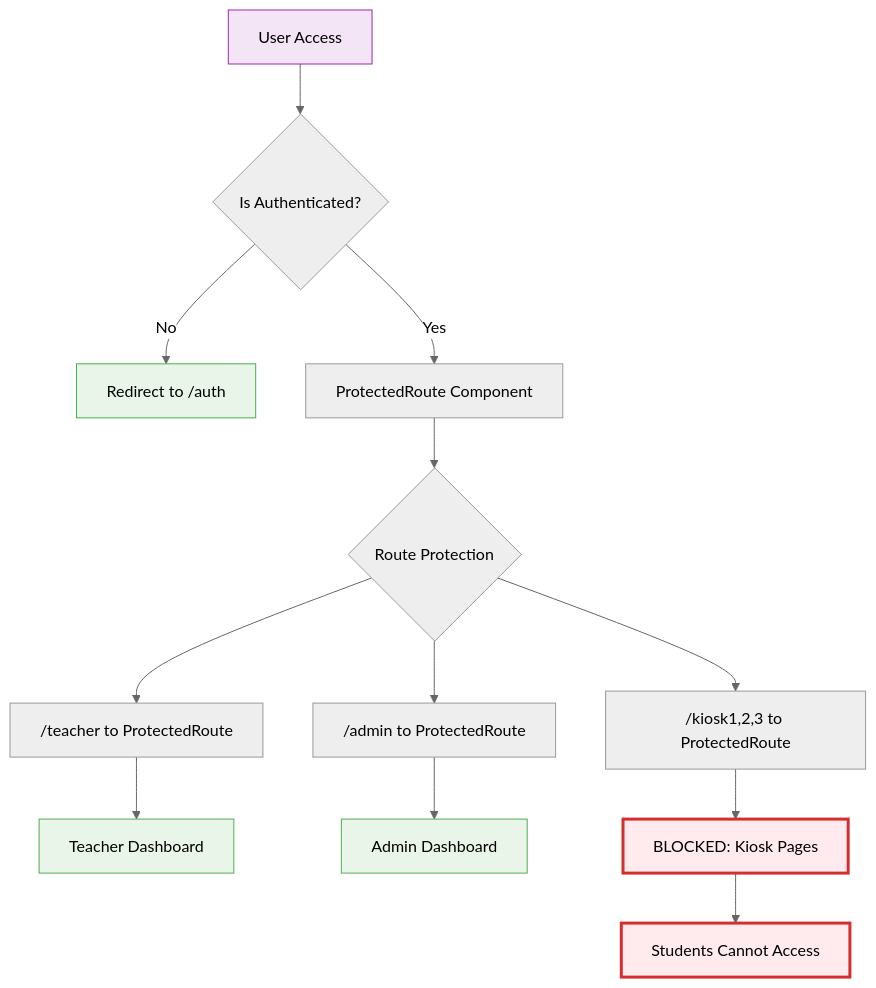
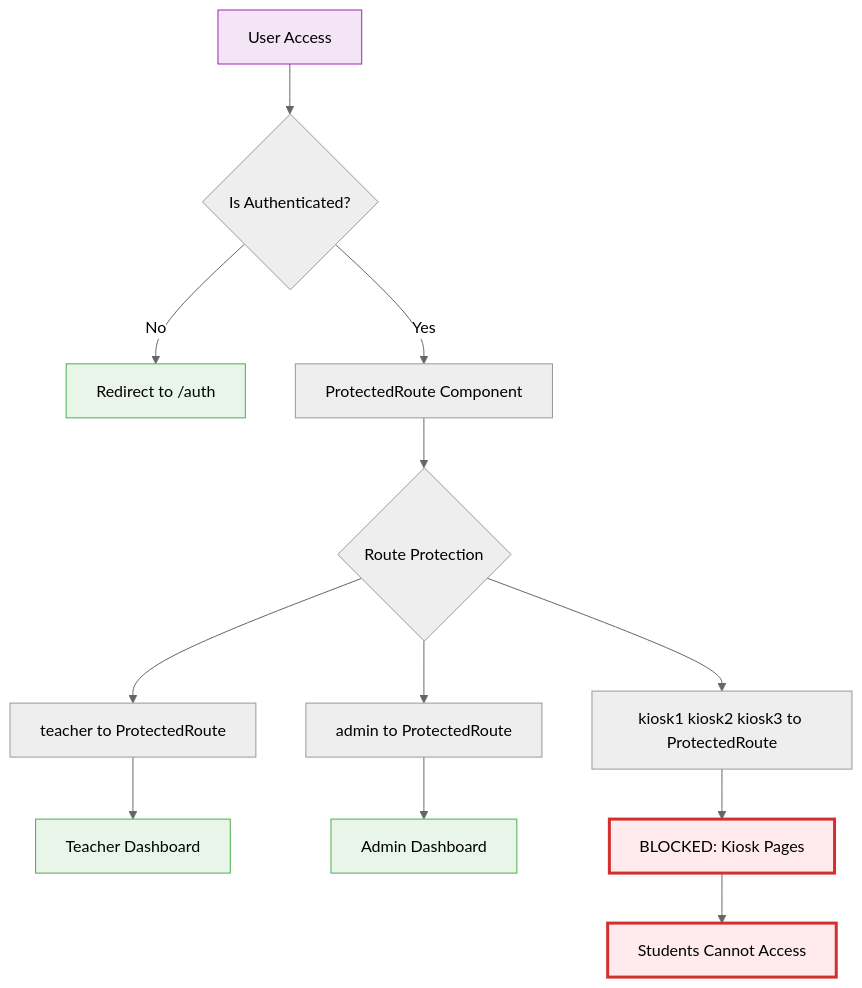
The first of 3 diagrams in Docs/Flowcharts/Current-State/01-current-authentication-routing.md (Splurfa/bx-os), drawn with Mermaid (neutral theme) before and after one commit. The commit also changed other lines of this file and 9 other files, not shown here.

First line of the commit message:
Fix Mermaid syntax errors

````diff
--- a/Docs/Flowcharts/Current-State/01-current-authentication-routing.md
+++ b/Docs/Flowcharts/Current-State/01-current-authentication-routing.md
@@ -7,23 +7,23 @@
 ```mermaid
 flowchart TD
     A[User Access] --> B{Is Authenticated?}
     B -->|No| C[Redirect to /auth]
     B -->|Yes| D[ProtectedRoute Component]
     D --> E{Route Protection}
-    E --> F["/teacher to ProtectedRoute"]
-    E --> G["/admin to ProtectedRoute"] 
-    E --> H["/kiosk1,2,3 to ProtectedRoute"]
+    E --> F[teacher to ProtectedRoute]
+    E --> G[admin to ProtectedRoute] 
+    E --> H[kiosk1 kiosk2 kiosk3 to ProtectedRoute]
     
     F --> I[Teacher Dashboard]
     G --> J[Admin Dashboard]
     H --> K[BLOCKED: Kiosk Pages]
     
     K --> L[Students Cannot Access]
     
     style K fill:#ffebee,stroke:#d32f2f,stroke-width:3px
     style L fill:#ffebee,stroke:#d32f2f,stroke-width:3px
     style A fill:#f3e5f5,stroke:#9c27b0
     style C fill:#e8f5e8,stroke:#4caf50
     style I fill:#e8f5e8,stroke:#4caf50
     style J fill:#e8f5e8,stroke:#4caf50
 ```
````
